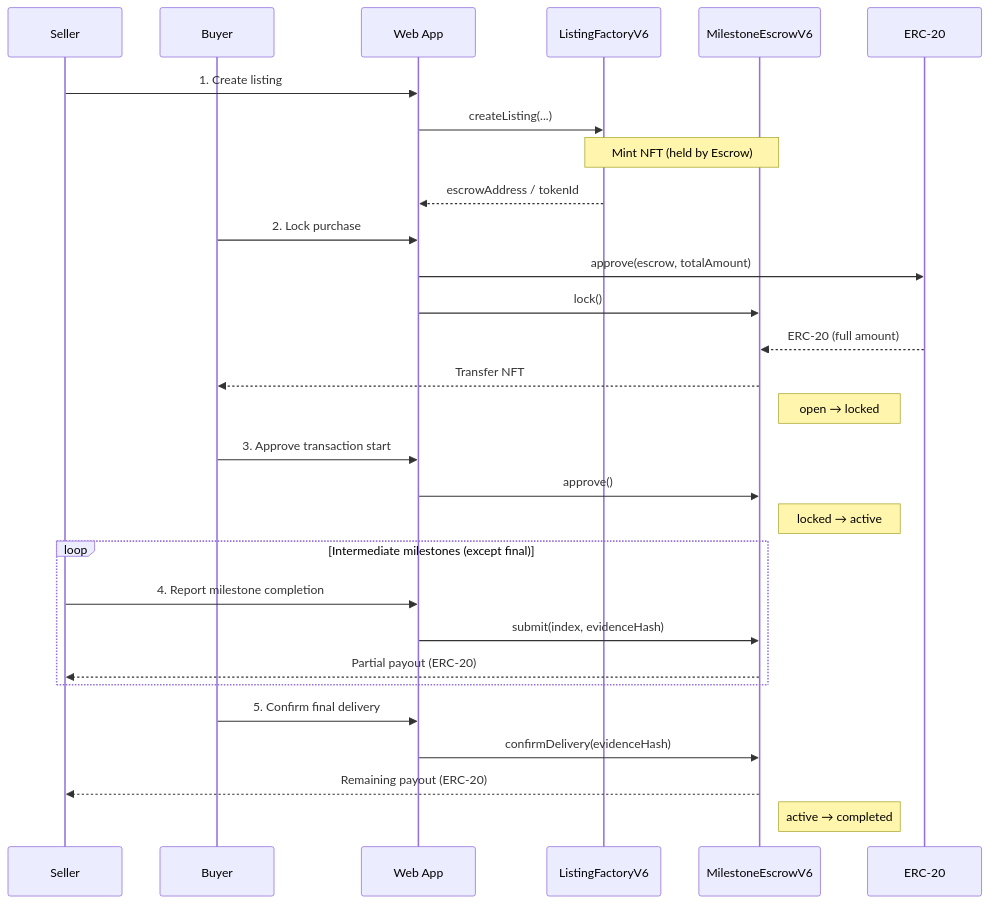
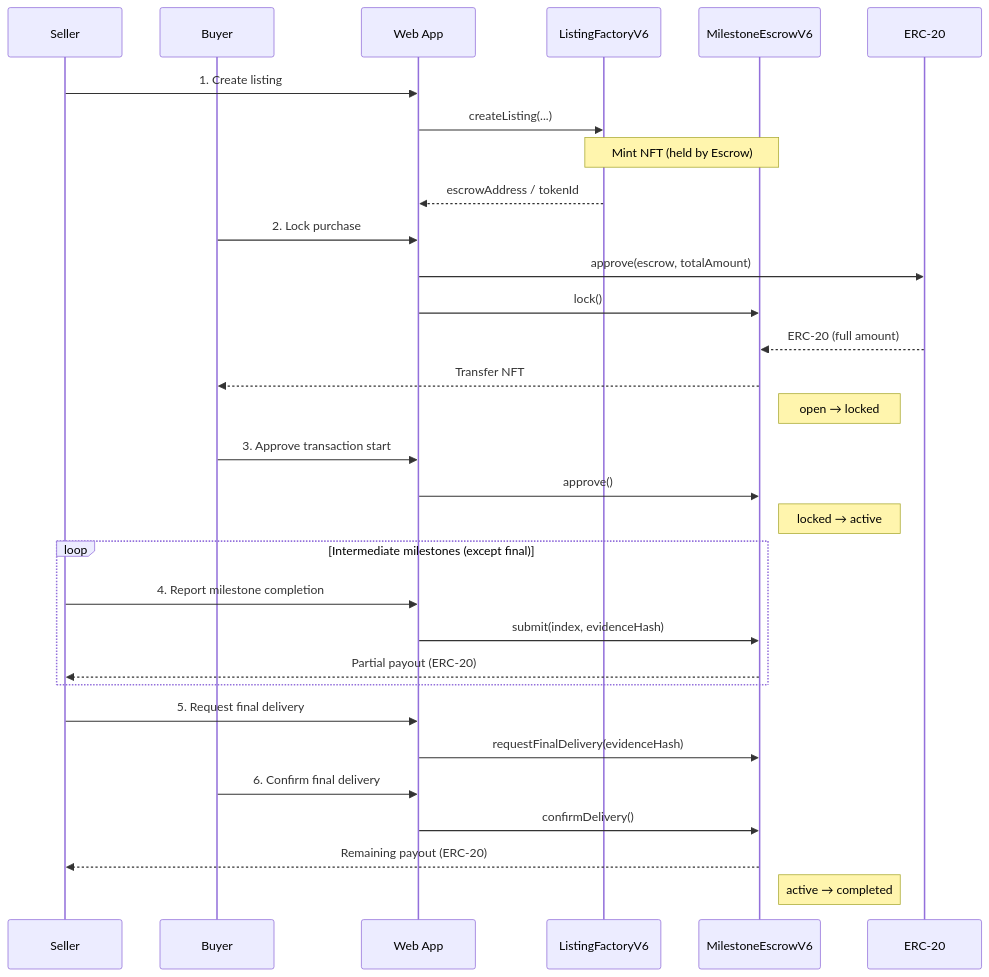
The diagram in README.en.md (usagi917/PalPay), drawn with Mermaid before and after one commit. The commit also changed other lines of this file and 28 other files, not shown here.

Commit message:
Implement relistable escrow timeout flow

````diff
--- a/README.en.md
+++ b/README.en.md
@@ -22,36 +22,38 @@
 ```mermaid
 sequenceDiagram
     participant S as Seller
     participant B as Buyer
     participant W as Web App
     participant F as ListingFactoryV6
     participant E as MilestoneEscrowV6
     participant T as ERC-20
 
     S->>W: 1. Create listing
     W->>F: createListing(...)
     Note over F,E: Mint NFT (held by Escrow)
     F-->>W: escrowAddress / tokenId
 
     B->>W: 2. Lock purchase
     W->>T: approve(escrow, totalAmount)
     W->>E: lock()
     T-->>E: ERC-20 (full amount)
     E-->>B: Transfer NFT
     Note right of E: open → locked
 
     B->>W: 3. Approve transaction start
     W->>E: approve()
     Note right of E: locked → active
 
     loop Intermediate milestones (except final)
         S->>W: 4. Report milestone completion
         W->>E: submit(index, evidenceHash)
         E-->>S: Partial payout (ERC-20)
     end
 
-    B->>W: 5. Confirm final delivery
-    W->>E: confirmDelivery(evidenceHash)
+    S->>W: 5. Request final delivery
+    W->>E: requestFinalDelivery(evidenceHash)
+    B->>W: 6. Confirm final delivery
+    W->>E: confirmDelivery()
     E-->>S: Remaining payout (ERC-20)
     Note right of E: active → completed
 ```
````
